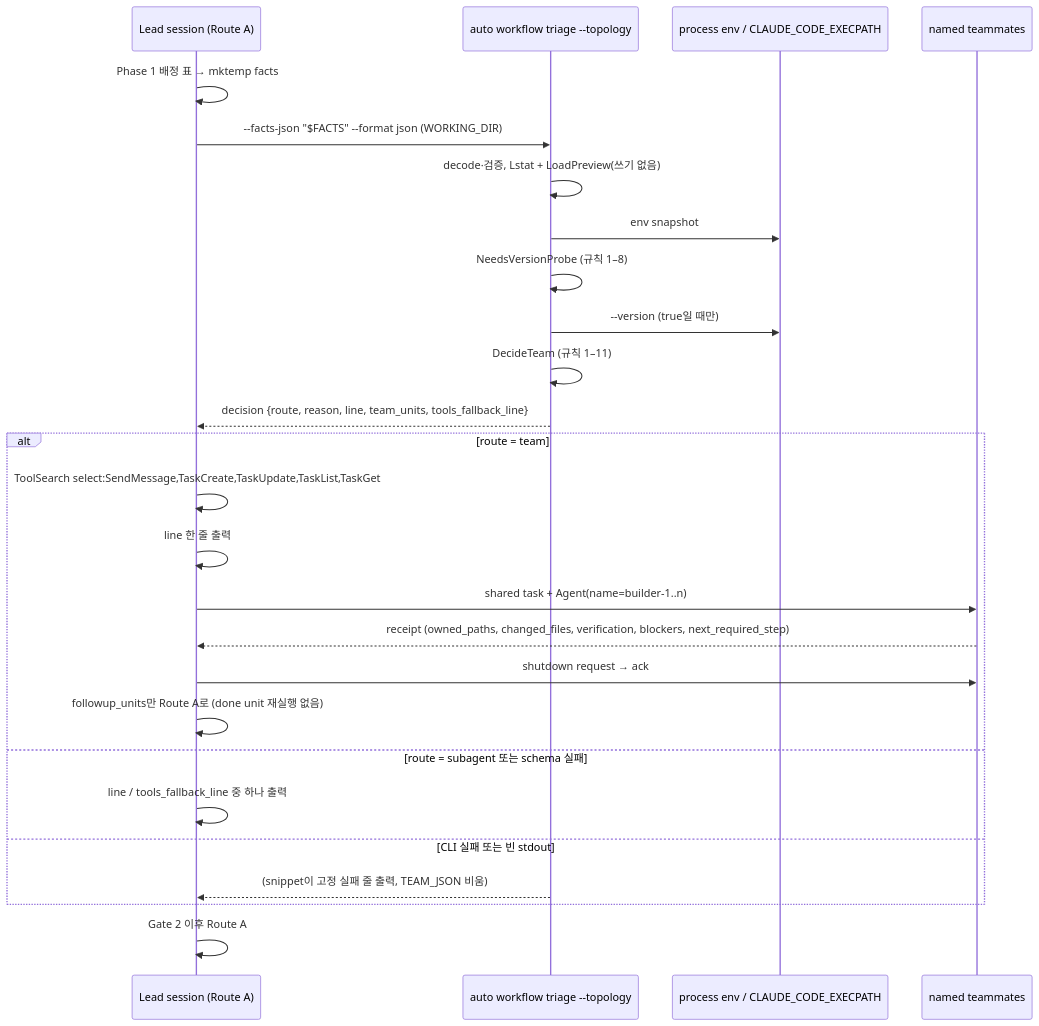
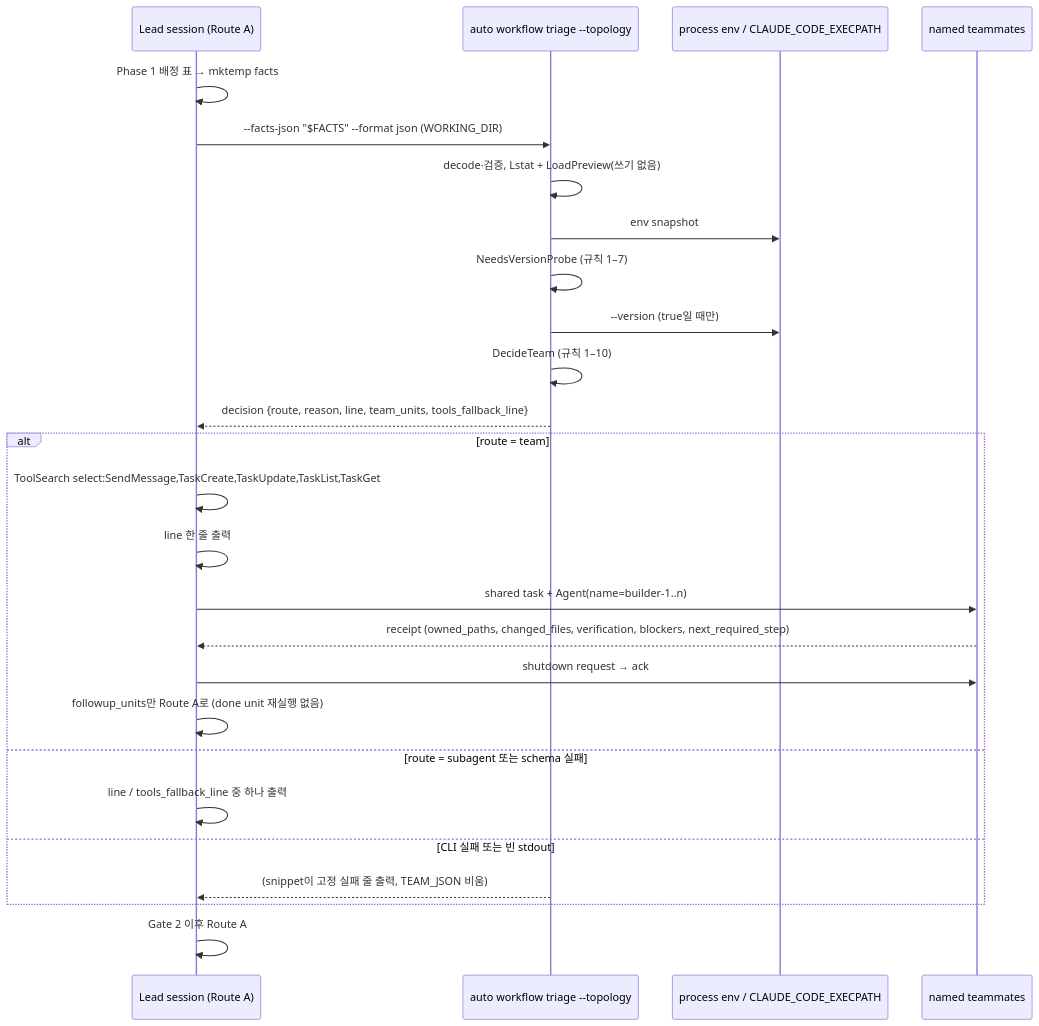
The diagram in .autopus/specs/SPEC-TEAMAUTO-001/plan.md (Oscar-Williams/autopus-adk), drawn with Mermaid before and after one commit. The commit also changed other lines of this file and 20 other files, not shown here.

````diff
--- a/.autopus/specs/SPEC-TEAMAUTO-001/plan.md
+++ b/.autopus/specs/SPEC-TEAMAUTO-001/plan.md
@@ -31,28 +31,28 @@
 ```mermaid
 sequenceDiagram
   participant L as Lead session (Route A)
   participant C as auto workflow triage --topology
   participant E as process env / CLAUDE_CODE_EXECPATH
   participant T as named teammates
   L->>L: Phase 1 배정 표 → mktemp facts
   L->>C: --facts-json "$FACTS" --format json (WORKING_DIR)
   C->>C: decode·검증, Lstat + LoadPreview(쓰기 없음)
   C->>E: env snapshot
-  C->>C: NeedsVersionProbe (규칙 1–8)
+  C->>C: NeedsVersionProbe (규칙 1–7)
   C->>E: --version (true일 때만)
-  C->>C: DecideTeam (규칙 1–11)
+  C->>C: DecideTeam (규칙 1–10)
   C-->>L: decision {route, reason, line, team_units, tools_fallback_line}
   alt route = team
     L->>L: ToolSearch select:SendMessage,TaskCreate,TaskUpdate,TaskList,TaskGet
     L->>L: line 한 줄 출력
     L->>T: shared task + Agent(name=builder-1..n)
     T-->>L: receipt (owned_paths, changed_files, verification, blockers, next_required_step)
     L->>T: shutdown request → ack
     L->>L: followup_units만 Route A로 (done unit 재실행 없음)
   else route = subagent 또는 schema 실패
     L->>L: line / tools_fallback_line 중 하나 출력
   else CLI 실패 또는 빈 stdout
     C-->>L: (snippet이 고정 실패 줄 출력, TEAM_JSON 비움)
   end
   L->>L: Gate 2 이후 Route A
 ```
````
